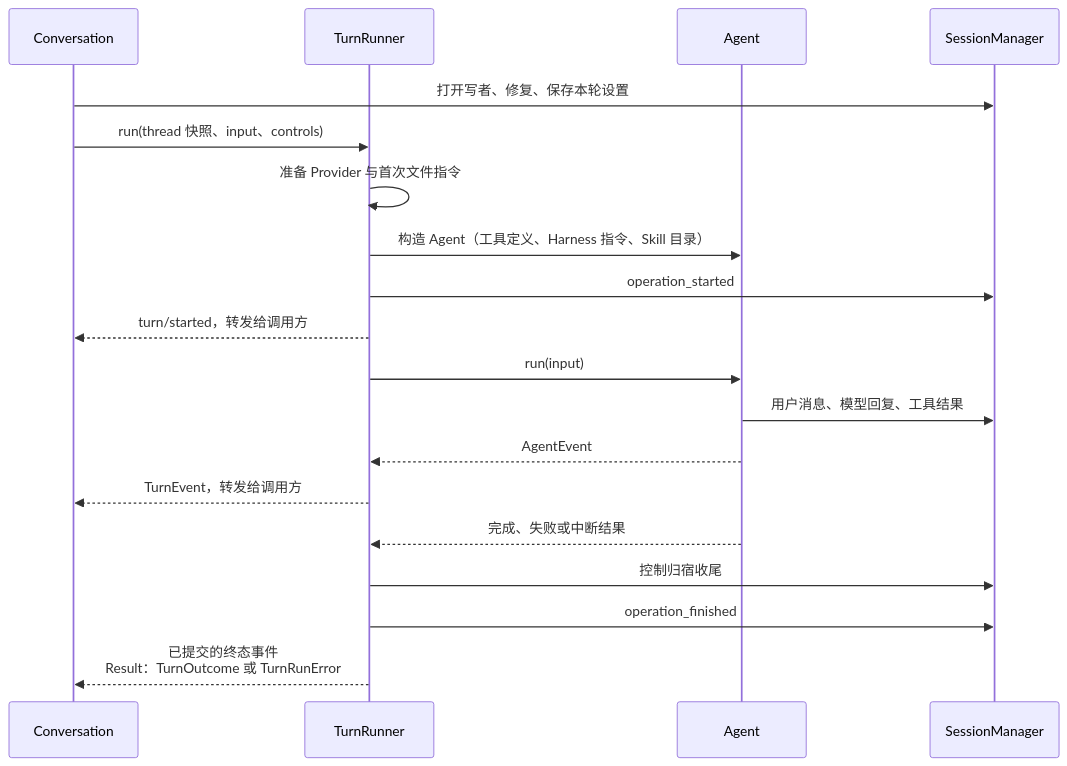
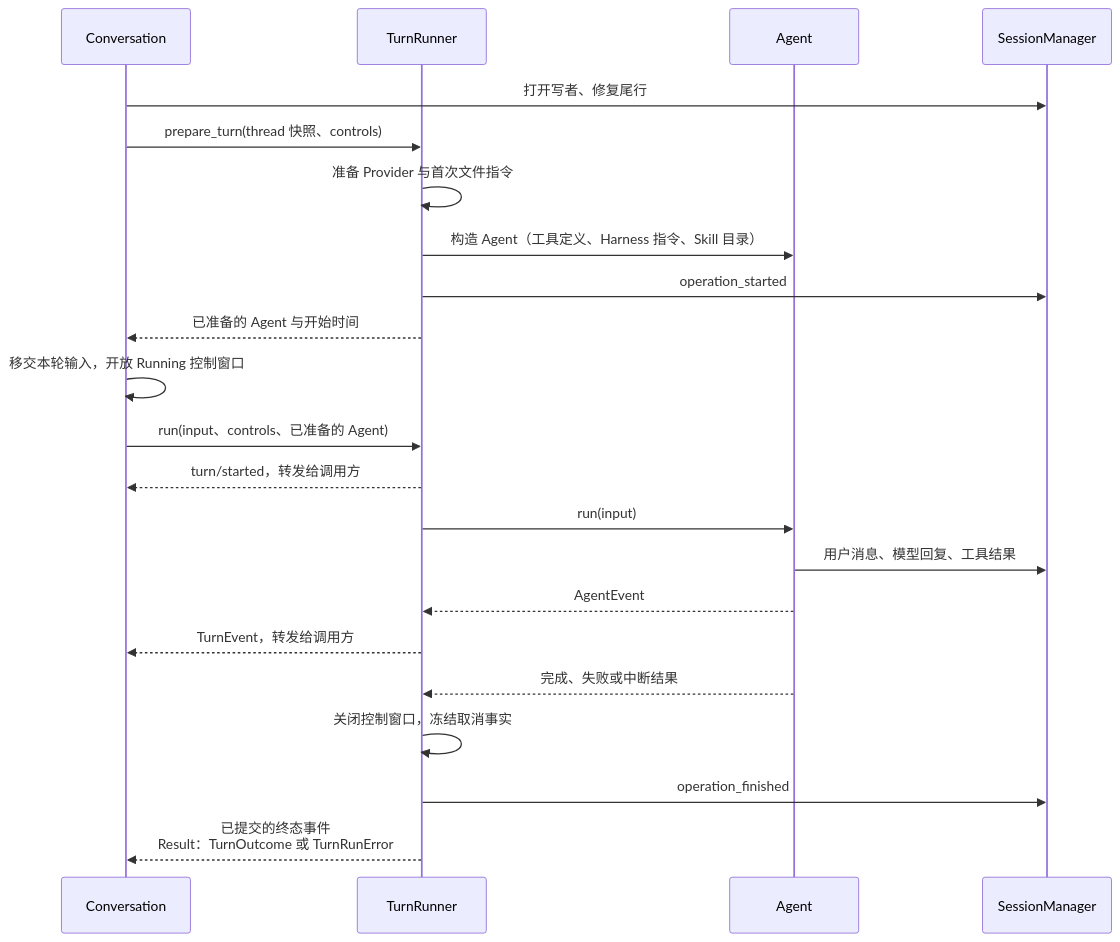
Before and after one commit to qjcnmd/singularity-agent: diagram 13 of 29 in docs/architecture.md, drawn with Mermaid. The commit also changed other lines of this file and 9 other files, not shown here.

````diff
--- a/docs/architecture.md
+++ b/docs/architecture.md
@@ -366,21 +366,24 @@
 ```mermaid
 sequenceDiagram
     participant Conv as Conversation
     participant Runner as TurnRunner
     participant Agent as Agent
     participant Log as SessionManager
-    Conv->>Log: 打开写者、修复、保存本轮设置
-    Conv->>Runner: run(thread 快照、input、controls)
+    Conv->>Log: 打开写者、修复尾行
+    Conv->>Runner: prepare_turn(thread 快照、controls)
     Runner->>Runner: 准备 Provider 与首次文件指令
     Runner->>Agent: 构造 Agent（工具定义、Harness 指令、Skill 目录）
     Runner->>Log: operation_started
+    Runner-->>Conv: 已准备的 Agent 与开始时间
+    Conv->>Conv: 移交本轮输入，开放 Running 控制窗口
+    Conv->>Runner: run(input、controls、已准备的 Agent)
     Runner-->>Conv: turn/started，转发给调用方
     Runner->>Agent: run(input)
     Agent->>Log: 用户消息、模型回复、工具结果
     Agent-->>Runner: AgentEvent
     Runner-->>Conv: TurnEvent，转发给调用方
     Agent-->>Runner: 完成、失败或中断结果
-    Runner->>Log: 控制归宿收尾
+    Runner->>Runner: 关闭控制窗口，冻结取消事实
     Runner->>Log: operation_finished
     Runner-->>Conv: 已提交的终态事件<br/>Result：TurnOutcome 或 TurnRunError
 ```
````
